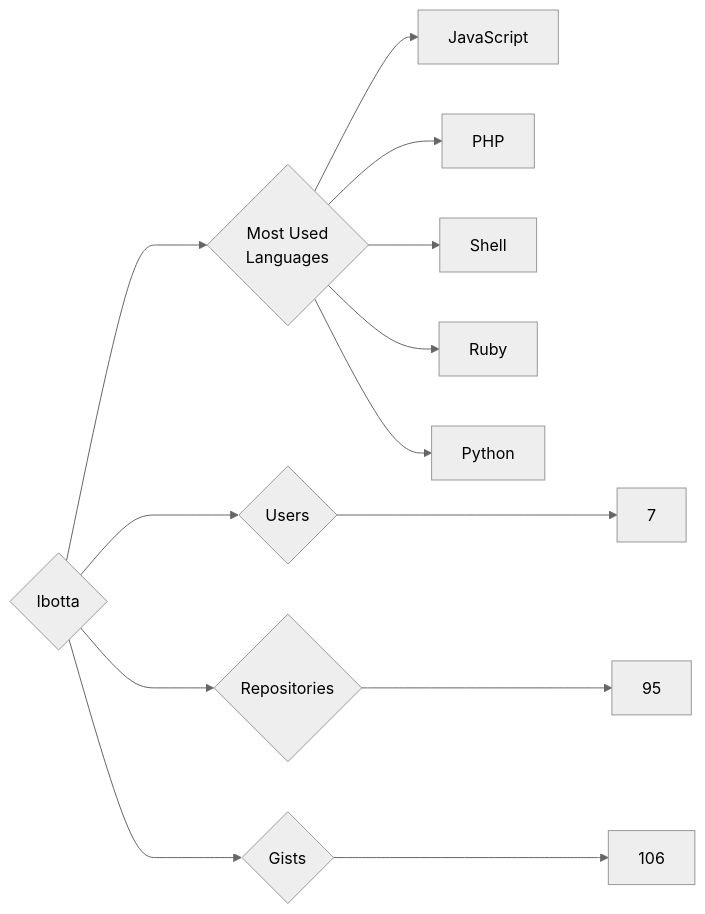
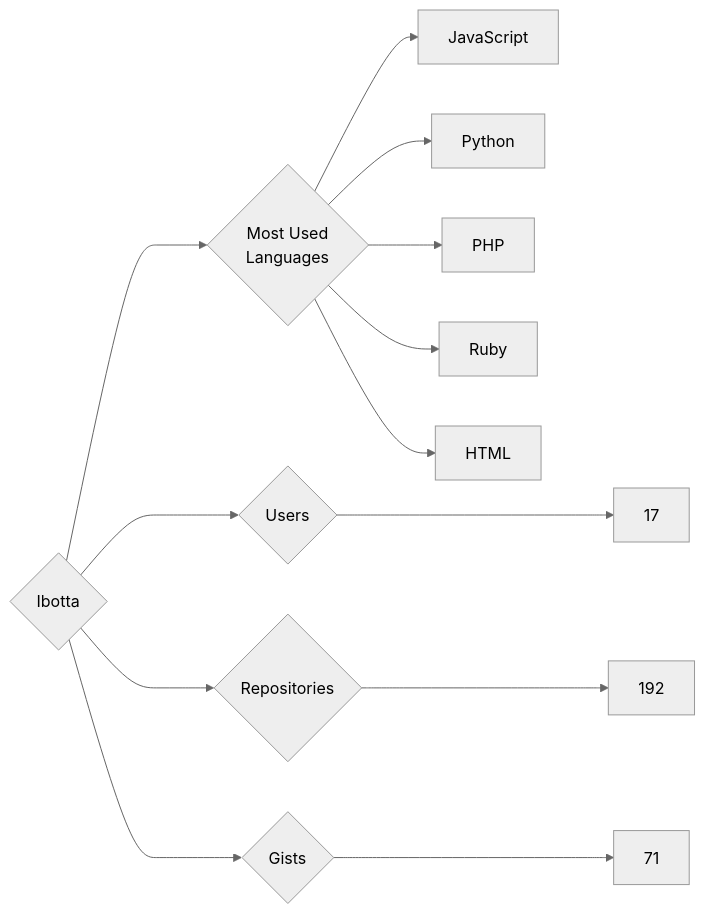
One commit to trickest/insiders changed the diagram in targets/Ibotta/README.md. Above: the diagram before and after it, drawn with Mermaid (neutral theme). The commit also changed 773 other files, not shown here.

````diff
--- a/targets/Ibotta/README.md
+++ b/targets/Ibotta/README.md
@@ -3,13 +3,13 @@
 ```mermaid
 graph LR
 COMPANY_NAME{Ibotta}
-COMPANY_NAME ---> U{Users} ---> UN[7]
-COMPANY_NAME ---> R{Repositories} ---> RN[95]
-COMPANY_NAME ---> G{Gists} ---> GN[106]
+COMPANY_NAME ---> U{Users} ---> UN[17]
+COMPANY_NAME ---> R{Repositories} ---> RN[192]
+COMPANY_NAME ---> G{Gists} ---> GN[71]
 COMPANY_NAME ---> ML{Most Used<br>Languages}
 ML --> JavaScript[JavaScript]
+ML --> Python[Python]
 ML --> PHP[PHP]
-ML --> Shell[Shell]
 ML --> Ruby[Ruby]
-ML --> Python[Python]
+ML --> HTML[HTML]
 ```
````
